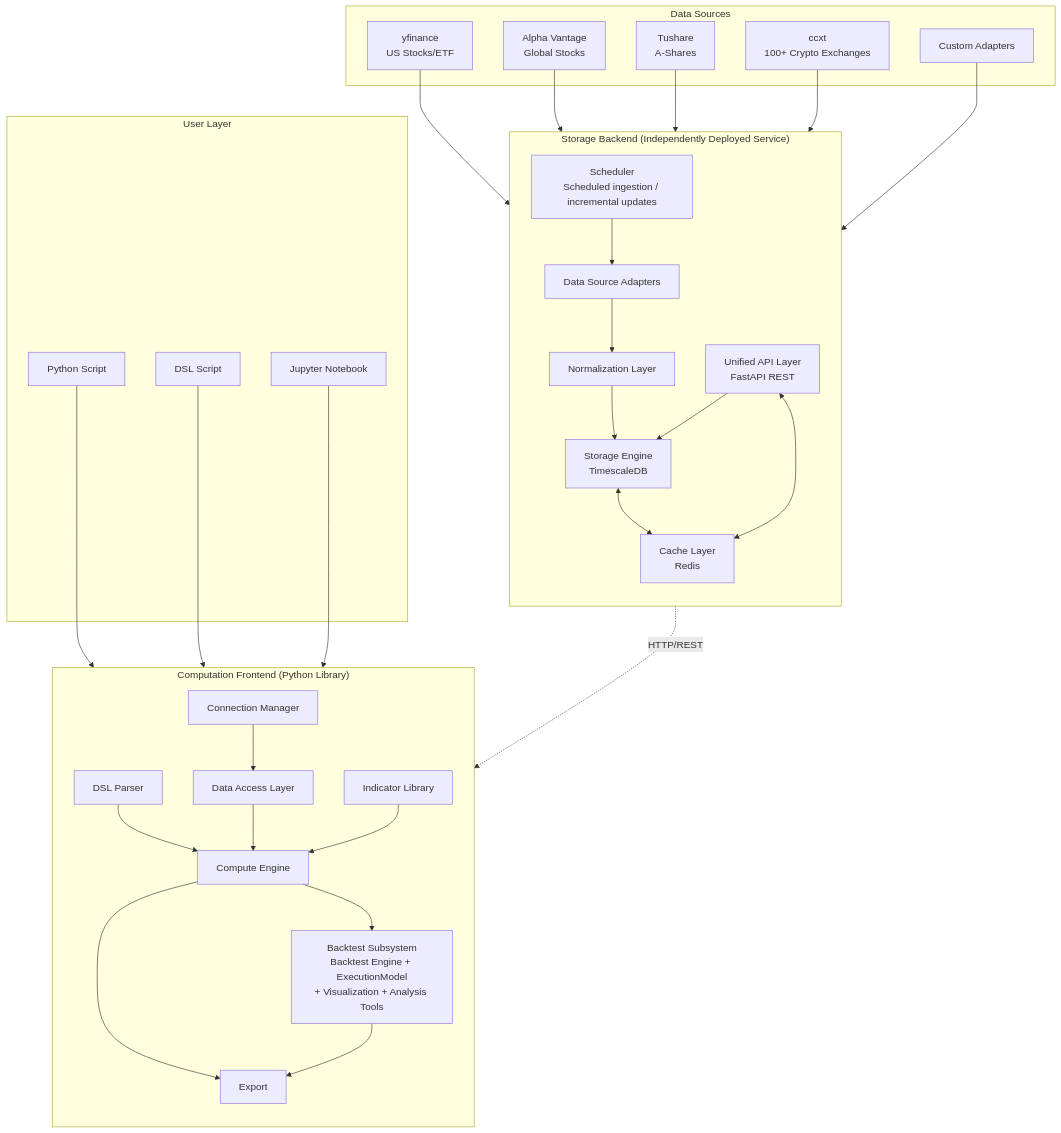
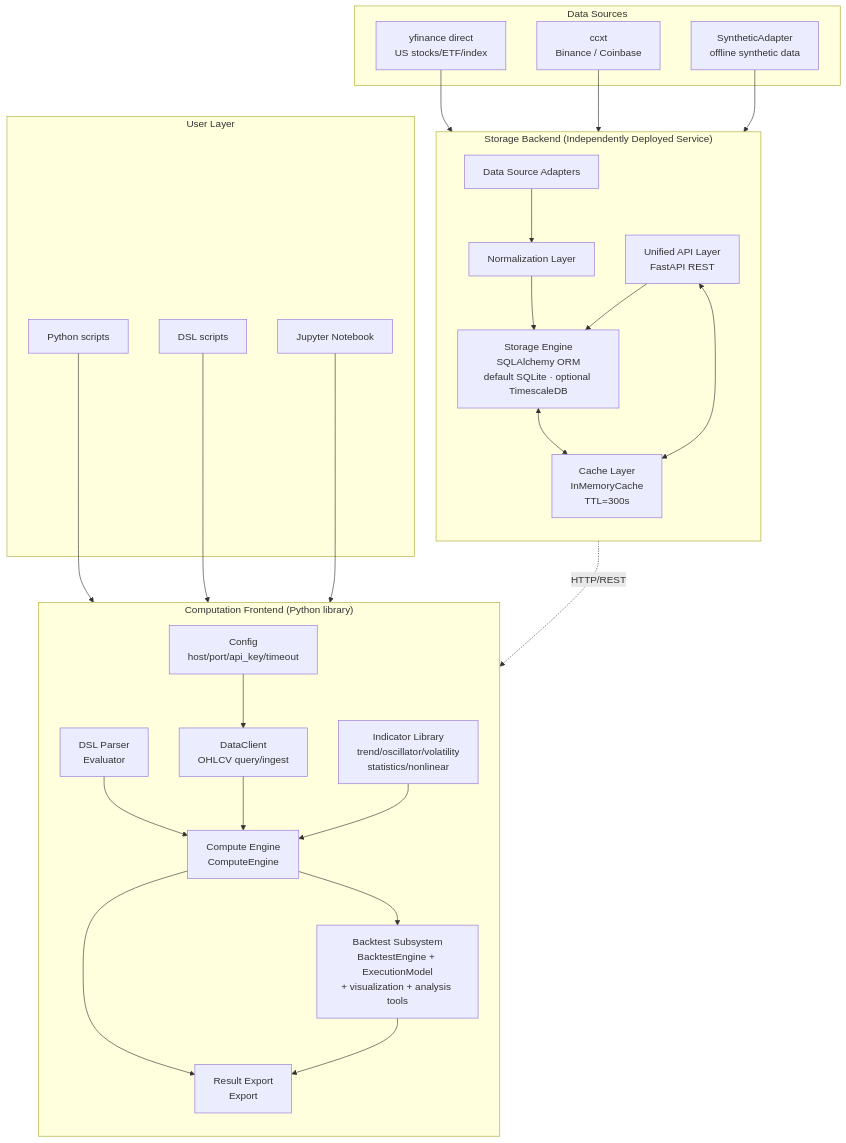
Before and after one commit to RESBI/StockStatistic: the first of 23 diagrams in DESIGN.md, drawn with Mermaid. The commit also changed other lines of this file and 12 other files, not shown here.

````diff
--- a/DESIGN.md
+++ b/DESIGN.md
@@ -85,55 +74,51 @@
 ```mermaid
 graph TB
     subgraph "Data Sources"
-        DS1[yfinance<br/>US Stocks/ETF]
-        DS2[Alpha Vantage<br/>Global Stocks]
-        DS3[Tushare<br/>A-Shares]
-        DS4[ccxt<br/>100+ Crypto Exchanges]
-        DS5[Custom Adapters]
+        DS1[yfinance direct<br/>US stocks/ETF/index]
+        DS2[ccxt<br/>Binance / Coinbase]
+        DS3[SyntheticAdapter<br/>offline synthetic data]
     end
 
     subgraph "Storage Backend (Independently Deployed Service)"
         direction TB
         DA[Data Source Adapters]
         NL[Normalization Layer]
-        SE[Storage Engine<br/>TimescaleDB]
+        SE[Storage Engine<br/>SQLAlchemy ORM<br/>default SQLite · optional TimescaleDB]
         API[Unified API Layer<br/>FastAPI REST]
-        SCHED[Scheduler<br/>Scheduled ingestion / incremental updates]
-        CACHE[Cache Layer<br/>Redis]
+        CACHE[Cache Layer<br/>InMemoryCache<br/>TTL=300s]
 
         DA --> NL --> SE
-        SCHED --> DA
         SE <--> CACHE
         API --> SE
         API <--> CACHE
     end
 
-    subgraph "Computation Frontend (Python Library)"
+    subgraph "Computation Frontend (Python library)"
         direction TB
-        CONN[Connection Manager]
-        DAL[Data Access Layer]
-        CE[Compute Engine]
-        DSL[DSL Parser]
-        IL[Indicator Library]
-        BT[Backtest Subsystem<br/>Backtest Engine + ExecutionModel<br/>+ Visualization + Analysis Tools]
-        EXP[Export]
+        CFG[Config<br/>host/port/api_key/timeout]
+        DAL[DataClient<br/>OHLCV query/ingest]
+        CE[Compute Engine<br/>ComputeEngine]
+        DSL[DSL Parser<br/>Evaluator]
+        IL[Indicator Library<br/>trend/oscillator/volatility<br/>statistics/nonlinear]
+        BT[Backtest Subsystem<br/>BacktestEngine + ExecutionModel<br/>+ visualization + analysis tools]
+        EXP[Result Export<br/>Export]
 
-        CONN --> DAL
+        CFG --> DAL
         DSL --> CE
         DAL --> CE
         IL --> CE
         CE --> BT
         CE --> EXP
         BT --> EXP
     end
 
     subgraph "User Layer"
-        U1[Python Script]
-        U2[DSL Script]
+        U1[Python scripts]
+        U2[DSL scripts]
         U3[Jupyter Notebook]
     end
 
-    DS1 & DS2 & DS3 & DS4 & DS5 --> DA
+    DS1 & DS2 & DS3 --> DA
     API -.->|"HTTP/REST"| DAL
     U1 & U2 & U3 --> CE
 ```
````
